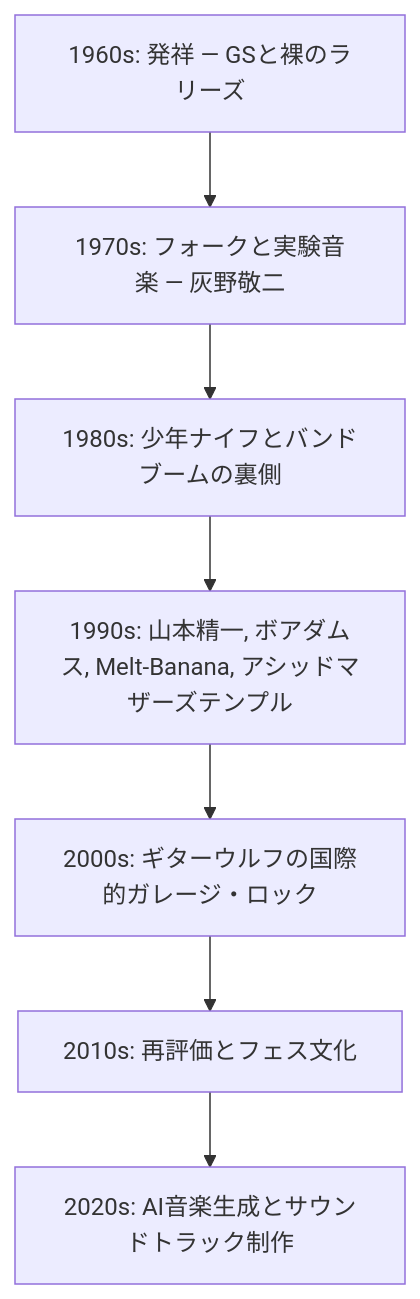
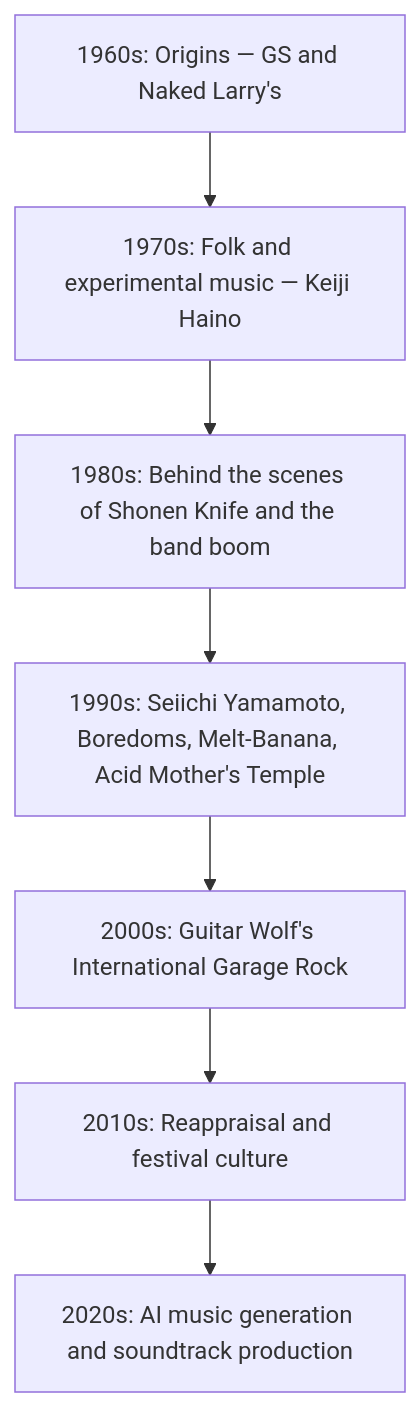
One commit to monumental-movement/monumental-movement.github.io changed the diagram in en/_posts/2025-09-25-Column-Japanese-Mainstream-Underground-Rock.md. Above: the diagram before and after it, drawn with Mermaid. The commit also changed other lines of this file and 801 other files, not shown here.

```diff
--- a/en/_posts/2025-09-25-Column-Japanese-Mainstream-Underground-Rock.md
+++ b/en/_posts/2025-09-25-Column-Japanese-Mainstream-Underground-Rock.md
@@ -86,9 +86,9 @@
 <div class="mermaid">
 flowchart TD
-    A["1960s: 発祥 — GSと裸のラリーズ"] --> B["1970s: フォークと実験音楽 — 灰野敬二"]
-    B --> C["1980s: 少年ナイフとバンドブームの裏側"]
-    C --> D["1990s: 山本精一, ボアダムス, Melt-Banana, アシッドマザーズテンプル"]
-    D --> E["2000s: ギターウルフの国際的ガレージ・ロック"]
-    E --> F["2010s: 再評価とフェス文化"]
-    F --> G["2020s: AI音楽生成とサウンドトラック制作"]
+    A["1960s: Origins — GS and Naked Larry's"] --> B["1970s: Folk and experimental music — Keiji Haino"]
+    B --> C["1980s: Behind the scenes of Shonen Knife and the band boom"]
+    C --> D["1990s: Seiichi Yamamoto, Boredoms, Melt-Banana, Acid Mother's Temple"]
+    D --> E["2000s: Guitar Wolf's International Garage Rock"]
+    E --> F["2010s: Reappraisal and festival culture"]
+    F --> G["2020s: AI music generation and soundtrack production"]
 </div>
```
